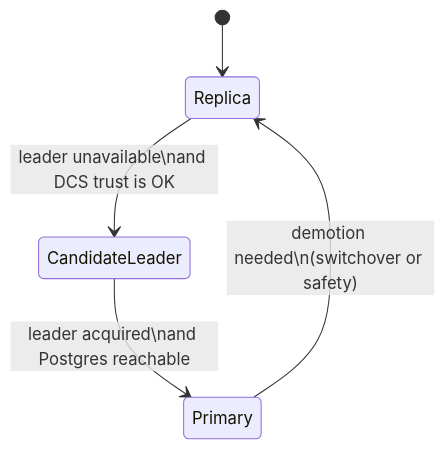
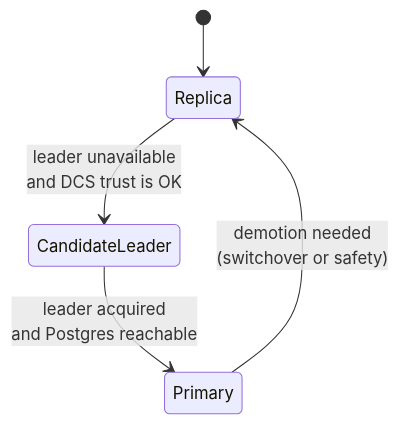
Before and after one commit to djosh34/pgtuskmaster_rust: the first of 2 diagrams in docs/src/architecture/ha-lifecycle.md, drawn with Mermaid. The commit also changed other lines of this file and 9 other files, not shown here.

Commit message:
docs: use <br/> in mermaid labels and lint against \n

````diff
--- a/docs/src/architecture/ha-lifecycle.md
+++ b/docs/src/architecture/ha-lifecycle.md
@@ -10,7 +10,7 @@
 ```mermaid
 stateDiagram-v2
   [*] --> Replica
-  Replica --> CandidateLeader: leader unavailable\nand DCS trust is OK
-  CandidateLeader --> Primary: leader acquired\nand Postgres reachable
-  Primary --> Replica: demotion needed\n(switchover or safety)
+  Replica --> CandidateLeader: leader unavailable<br/>and DCS trust is OK
+  CandidateLeader --> Primary: leader acquired<br/>and Postgres reachable
+  Primary --> Replica: demotion needed<br/>(switchover or safety)
 ```
````
